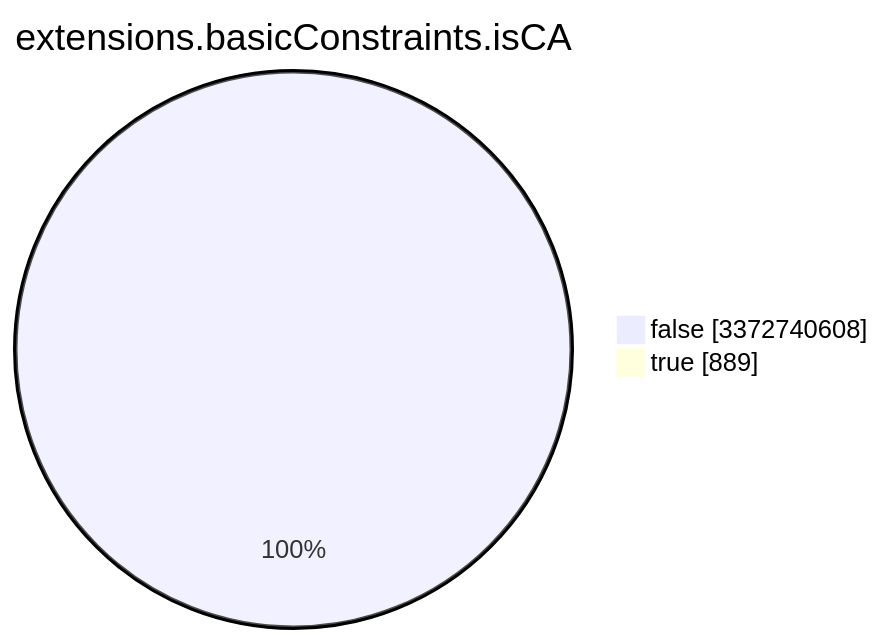
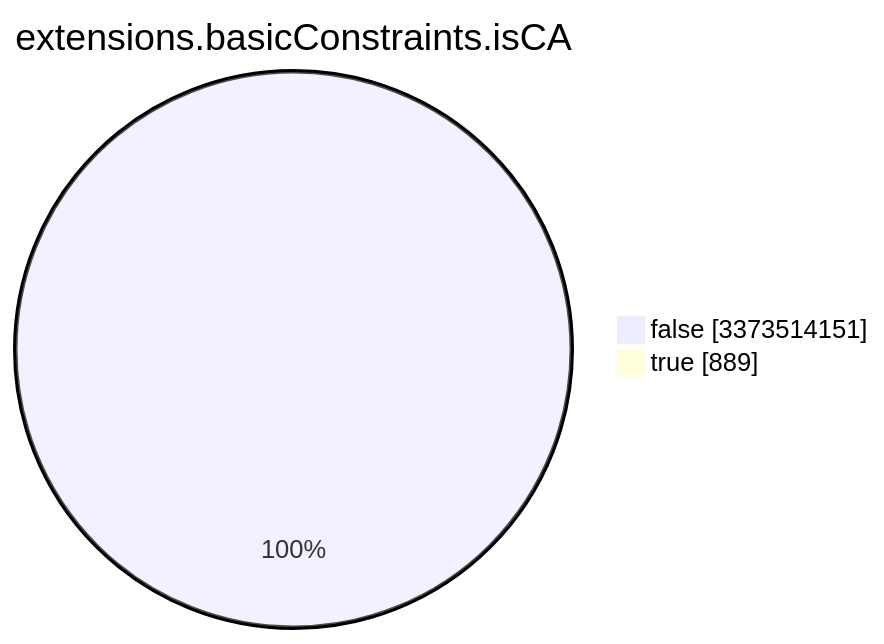
Before and after one commit to christiankrug/ctmonitor_visualization: the seventh of 15 diagrams in TOTAL/README.md, drawn with Mermaid. The commit also changed other lines of this file, not shown here.

````diff
--- a/TOTAL/README.md
+++ b/TOTAL/README.md
@@ -3090,6 +3090,6 @@
 ```mermaid
 pie showData
 title extensions.basicConstraints.isCA
-"false" :3372740608
+"false" :3373514151
 "true" :889
 ```
````
